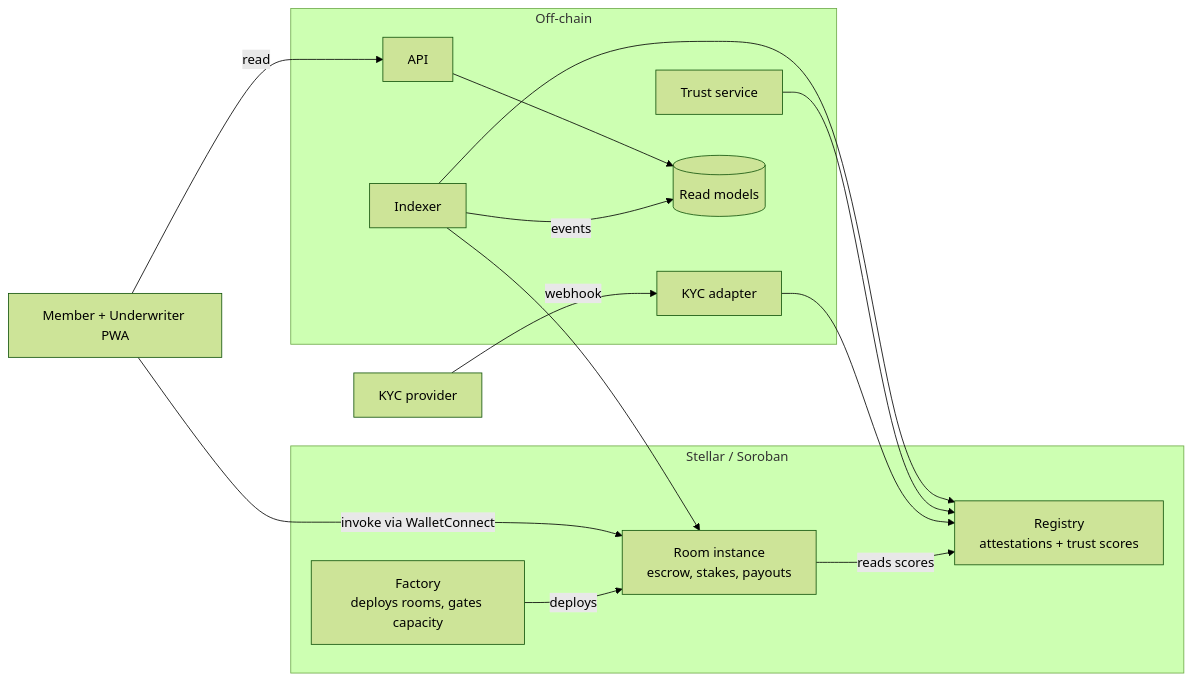
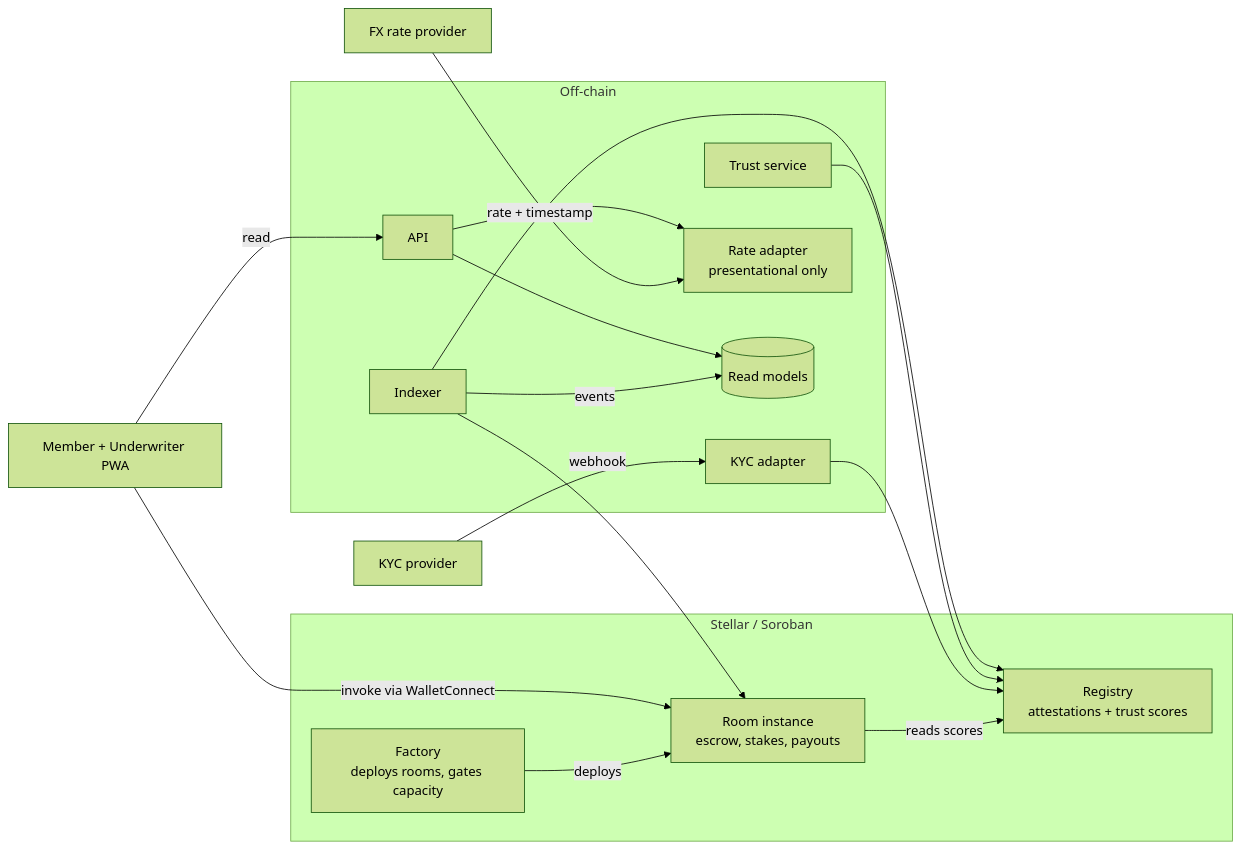
One commit to blckfsh/pal3-bmad changed the second of 3 diagrams in _bmad-output/planning-artifacts/architecture/architecture-paluwagan3-2026-08-08/ARCHITECTURE-SPINE.md. Above: the diagram before and after it, drawn with Mermaid (forest theme). The commit also changed other lines of this file and 13 other files, not shown here.

````diff
--- a/_bmad-output/planning-artifacts/architecture/architecture-paluwagan3-2026-08-08/ARCHITECTURE-SPINE.md
+++ b/_bmad-output/planning-artifacts/architecture/architecture-paluwagan3-2026-08-08/ARCHITECTURE-SPINE.md
@@ -174,29 +190,33 @@
 ```mermaid
 graph LR
     subgraph OnChain["Stellar / Soroban"]
         REG["Registry<br/>attestations + trust scores"]
         FAC["Factory<br/>deploys rooms, gates capacity"]
         RM["Room instance<br/>escrow, stakes, payouts"]
     end
     subgraph OffChain["Off-chain"]
         TRUST["Trust service"]
         KYCA["KYC adapter"]
         IDX["Indexer"]
+        RATES["Rate adapter<br/>presentational only"]
         API["API"]
         DB[("Read models")]
     end
     PWA["Member + Underwriter PWA"]
     PROV["KYC provider"]
+    FX["FX rate provider"]
 
     PWA -->|"invoke via WalletConnect"| RM
     PWA -->|read| API
     API --> DB
+    API --> RATES
     IDX -->|events| DB
     IDX --> REG
     IDX --> RM
     TRUST --> REG
     KYCA --> REG
     PROV -->|webhook| KYCA
+    FX -->|"rate + timestamp"| RATES
     FAC -->|deploys| RM
     RM -->|reads scores| REG
 ```
````
